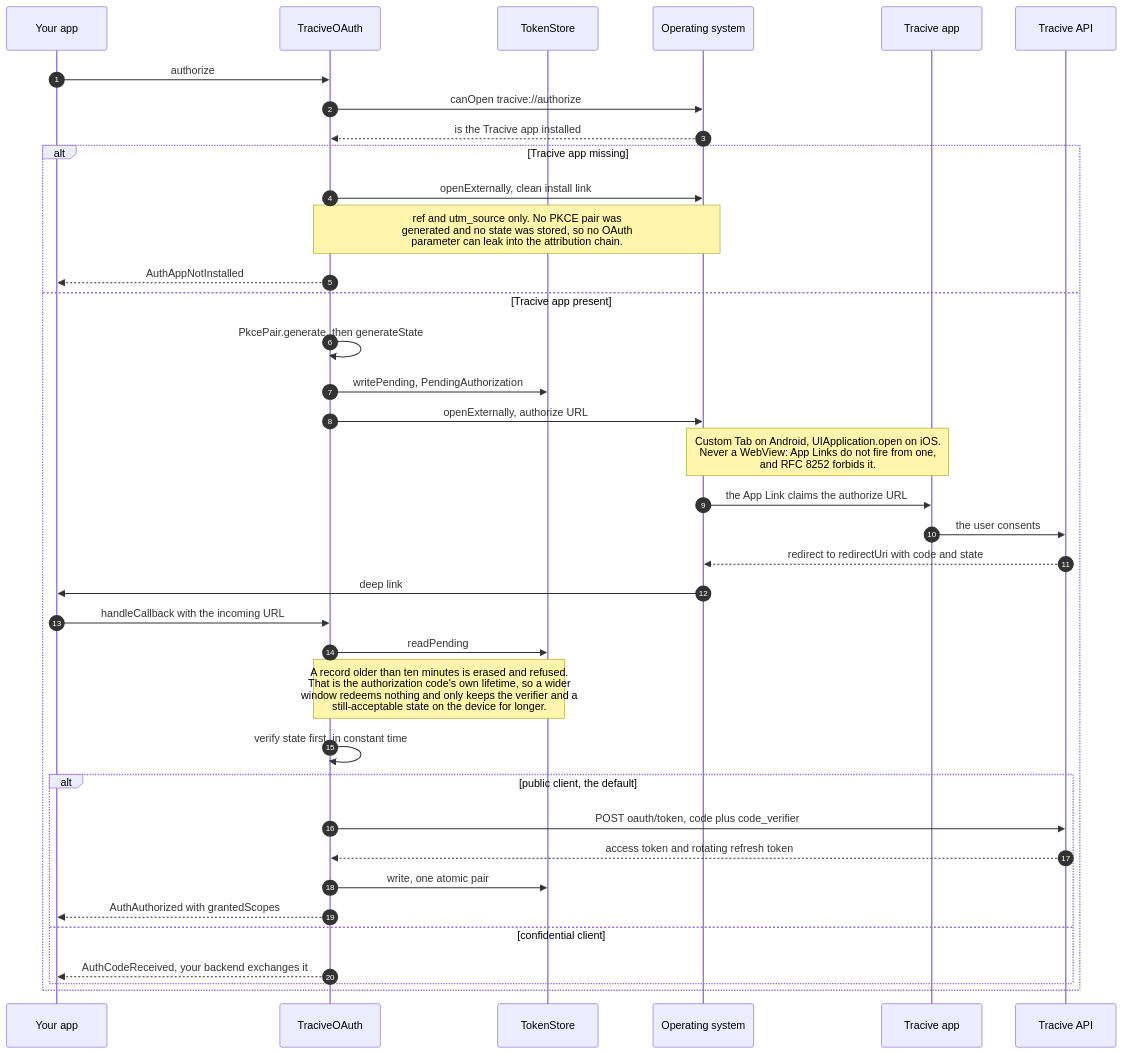
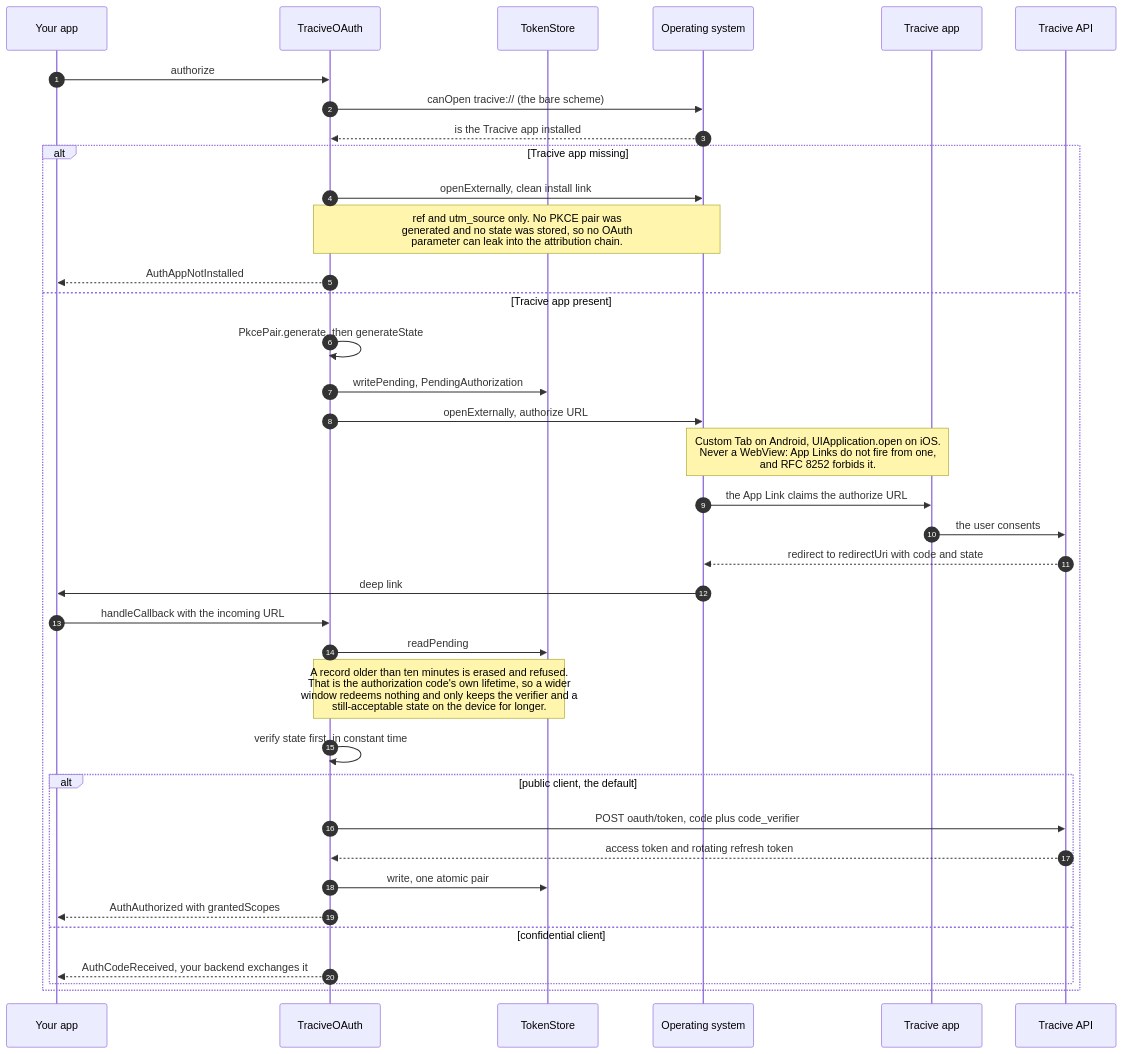
One commit to pleistocent/tracive-sdk-flutter changed the second of 5 diagrams in doc/architecture.md. Above: the diagram before and after it, drawn with Mermaid. The commit also changed other lines of this file and 1 other file, not shown here.

First line of the commit message:
docs: the presence probe is the bare scheme, in the docs too

````diff
--- a/doc/architecture.md
+++ b/doc/architecture.md
@@ -72,40 +72,40 @@
 ```mermaid
 sequenceDiagram
     autonumber
     participant App as Your app
     participant SDK as TraciveOAuth
     participant Store as TokenStore
     participant OS as Operating system
     participant Tracive as Tracive app
     participant Api as Tracive API
 
     App->>SDK: authorize
-    SDK->>OS: canOpen tracive://authorize
+    SDK->>OS: canOpen tracive:// (the bare scheme)
     OS-->>SDK: is the Tracive app installed
     alt Tracive app missing
         SDK->>OS: openExternally, clean install link
         Note over SDK,OS: ref and utm_source only. No PKCE pair was<br/>generated and no state was stored, so no OAuth<br/>parameter can leak into the attribution chain.
         SDK-->>App: AuthAppNotInstalled
     else Tracive app present
         SDK->>SDK: PkcePair.generate, then generateState
         SDK->>Store: writePending, PendingAuthorization
         SDK->>OS: openExternally, authorize URL
         Note over OS,Tracive: Custom Tab on Android, UIApplication.open on iOS.<br/>Never a WebView: App Links do not fire from one,<br/>and RFC 8252 forbids it.
         OS->>Tracive: the App Link claims the authorize URL
         Tracive->>Api: the user consents
         Api-->>OS: redirect to redirectUri with code and state
         OS->>App: deep link
         App->>SDK: handleCallback with the incoming URL
         SDK->>Store: readPending
         Note over SDK,Store: A record older than ten minutes is erased and refused.<br/>That is the authorization code's own lifetime, so a wider<br/>window redeems nothing and only keeps the verifier and a<br/>still-acceptable state on the device for longer.
         SDK->>SDK: verify state first, in constant time
         alt public client, the default
             SDK->>Api: POST oauth/token, code plus code_verifier
             Api-->>SDK: access token and rotating refresh token
             SDK->>Store: write, one atomic pair
             SDK-->>App: AuthAuthorized with grantedScopes
         else confidential client
             SDK-->>App: AuthCodeReceived, your backend exchanges it
         end
     end
 ```
````
